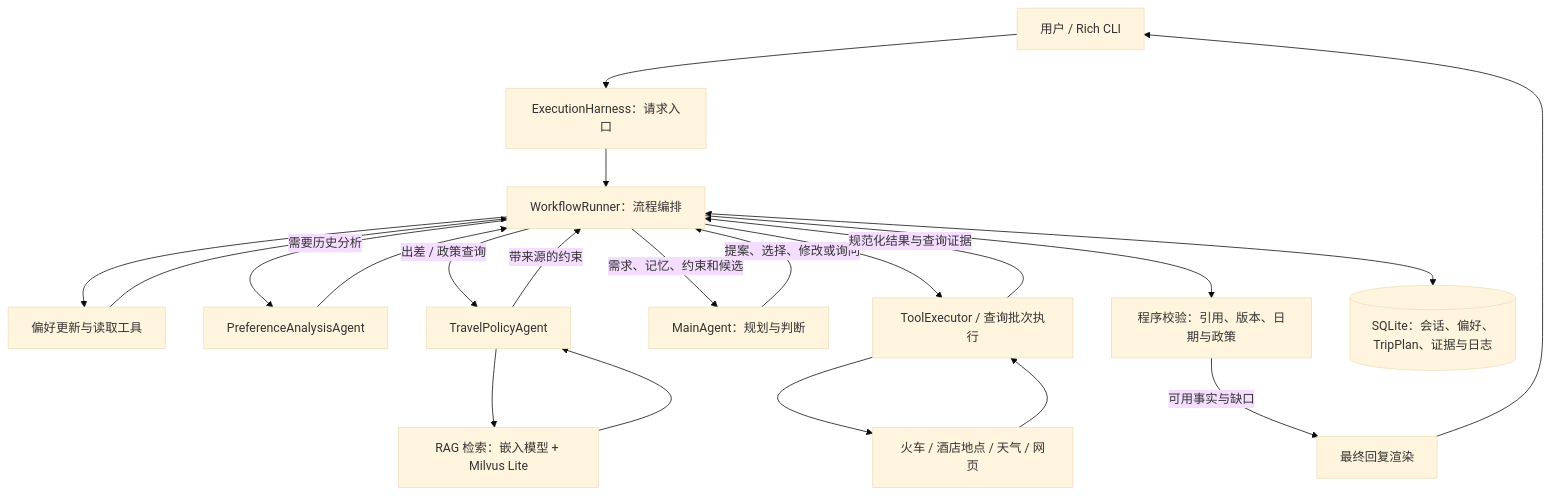
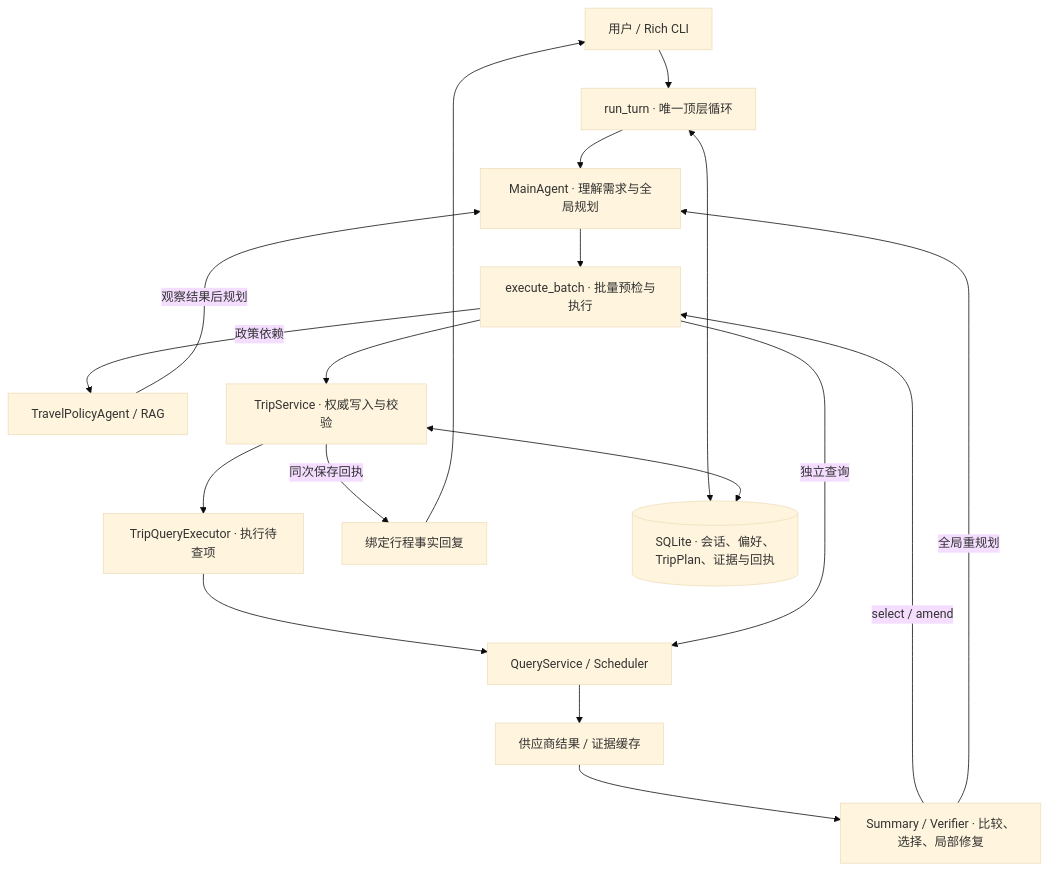
One commit to yzy703050-oss/trip-evidence-agent changed the diagram in README.md. Above: the diagram before and after it, drawn with Mermaid (base theme). The commit also changed other lines of this file and 441 other files, not shown here.

Commit message:
feat: publish v1 native-tool travel agent and project README

````diff
--- a/README.md
+++ b/README.md
@@ -33,23 +68,20 @@
 ```mermaid
 flowchart TD
-    U["用户 / Rich CLI"] --> H["ExecutionHarness：请求入口"]
-    H --> R["WorkflowRunner：流程编排"]
-    R --> P["偏好更新与读取工具"]
-    P --> R
-    R -->|"需要历史分析"| A["PreferenceAnalysisAgent"]
-    A --> R
-    R -->|"出差 / 政策查询"| K["TravelPolicyAgent"]
-    K --> G["RAG 检索：嵌入模型 + Milvus Lite"]
-    G --> K
-    K -->|"带来源的约束"| R
-    R -->|"需求、记忆、约束和候选"| M["MainAgent：规划与判断"]
-    M -->|"提案、选择、修改或询问"| R
-    R --> T["ToolExecutor / 查询批次执行"]
-    T --> API["火车 / 酒店地点 / 天气 / 网页"]
-    API --> T
-    T -->|"规范化结果与查询证据"| R
-    R --> V["程序校验：引用、版本、日期与政策"]
-    V -->|"可用事实与缺口"| F["最终回复渲染"]
-    F --> U
-    R <--> S[("SQLite：会话、偏好、TripPlan、证据与日志")]
+    U["用户 / Rich CLI"] --> L["run_turn · 唯一顶层循环"]
+    L --> M["MainAgent · 理解需求与全局规划"]
+    M --> B["execute_batch · 批量预检与执行"]
+    B -->|"政策依赖"| P["TravelPolicyAgent / RAG"]
+    P -->|"观察结果后规划"| M
+    B --> T["TripService · 权威写入与校验"]
+    T --> Q["TripQueryExecutor · 执行待查项"]
+    Q --> A["QueryService / Scheduler"]
+    B -->|"独立查询"| A
+    A --> E["供应商结果 / 证据缓存"]
+    E --> V["Summary / Verifier · 比较、选择、局部修复"]
+    V -->|"select / amend"| B
+    V -->|"全局重规划"| M
+    T -->|"同次保存回执"| R["绑定行程事实回复"]
+    R --> U
+    L <--> S[("SQLite · 会话、偏好、TripPlan、证据与回执")]
+    T <--> S
 ```
````
